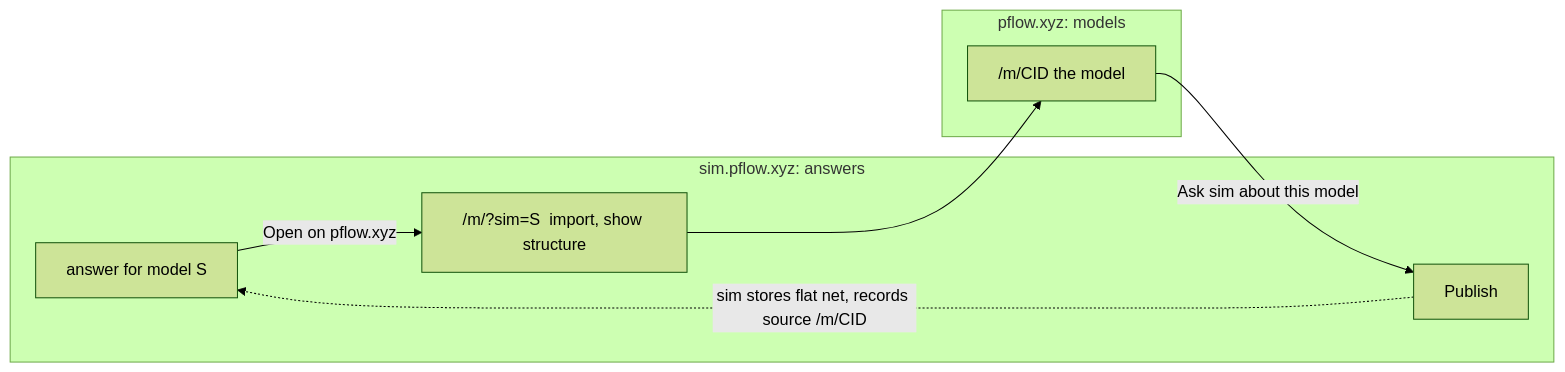
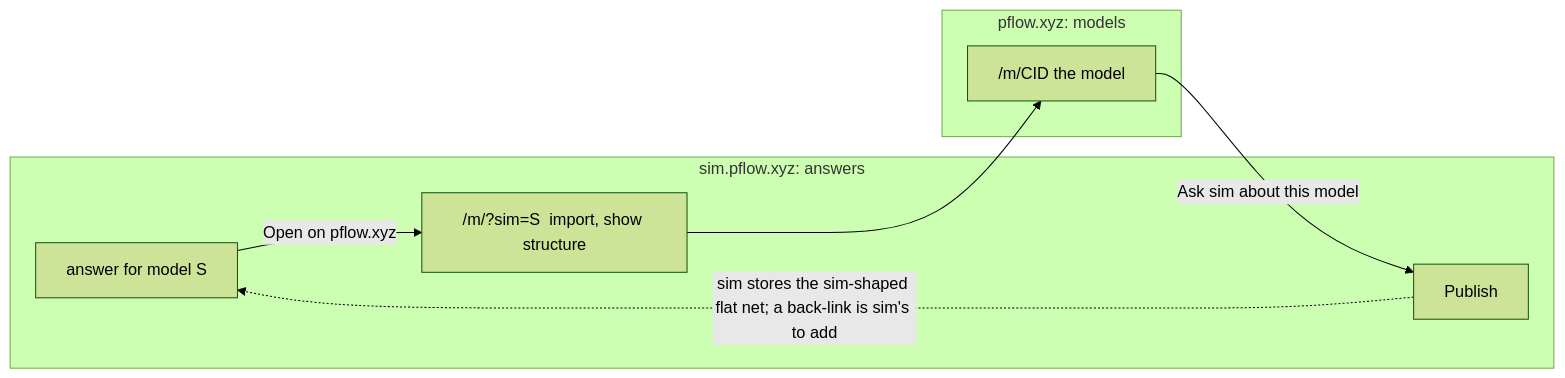
One commit to pflow-xyz/pflow-xyz changed the diagram in docs/design/models-first.md. Above: the diagram before and after it, drawn with Mermaid (forest theme). The commit also changed other lines of this file and 1 other file, not shown here.

````diff
--- a/docs/design/models-first.md
+++ b/docs/design/models-first.md
@@ -116,12 +210,12 @@
 ```mermaid
 flowchart LR
   subgraph sim[sim.pflow.xyz: answers]
     A[answer for model S] -->|"Open on pflow.xyz"| X
     P[Publish]
   end
   subgraph pf[pflow.xyz: models]
     X["/m/?sim=S  import, show structure"] --> M["/m/CID  the model"]
     M -->|"Ask sim about this model"| P
   end
-  P -.->|"sim stores flat net, records source /m/CID"| A
+  P -.->|"sim stores the sim-shaped flat net; a back-link is sim's to add"| A
 ```
````
